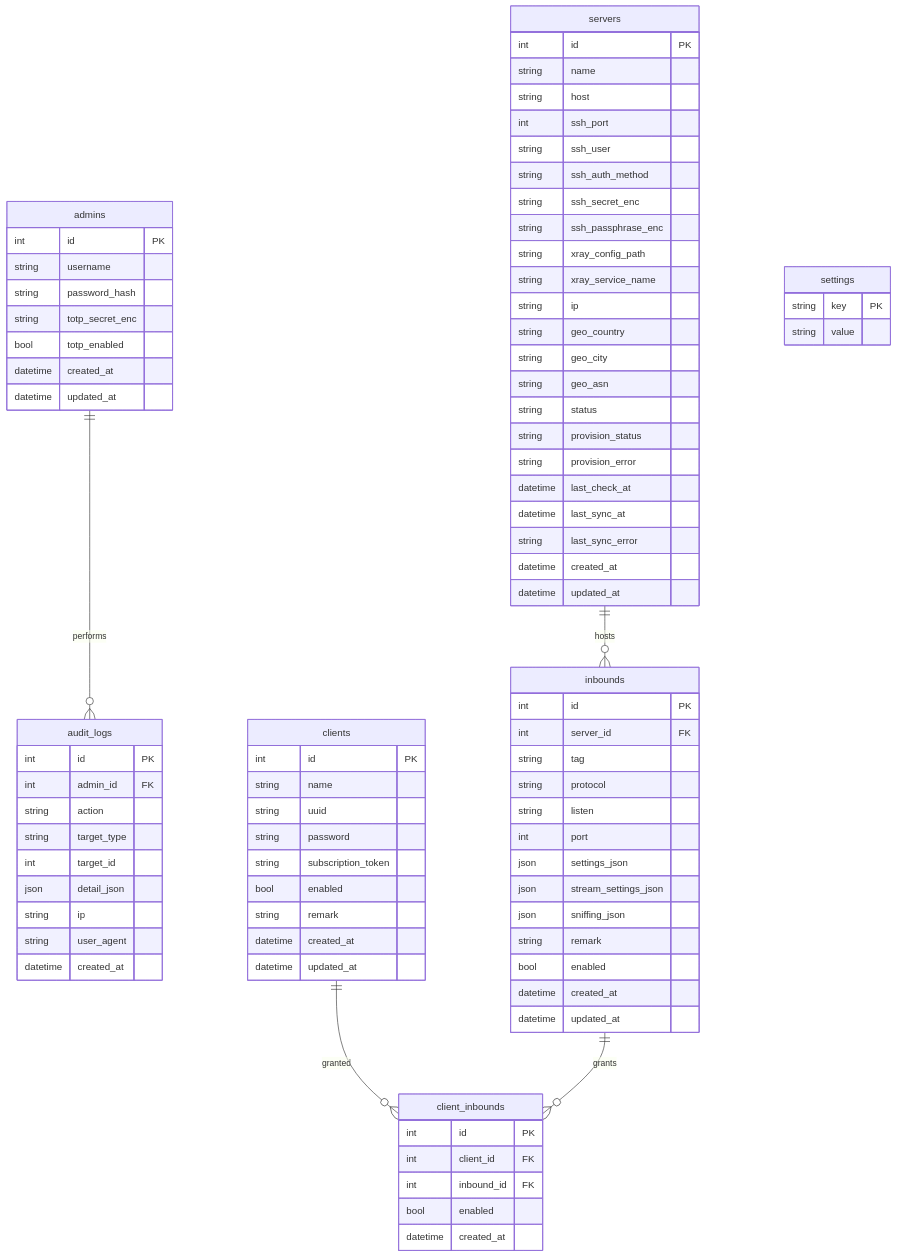
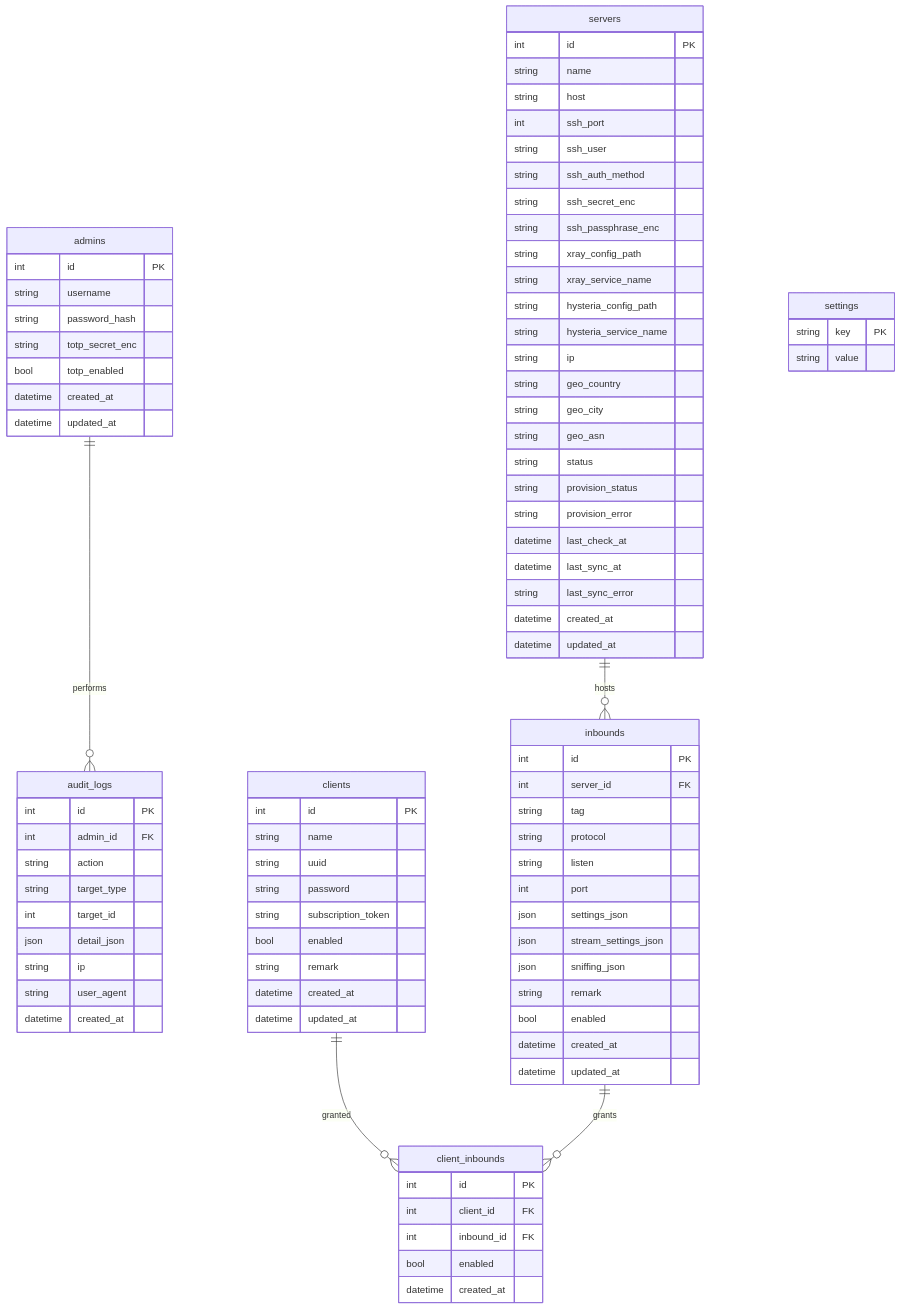
Before and after one commit to alhain1488-rgb/adp-panel: the diagram in docs/ERD.md, drawn with Mermaid. The commit also changed 9 other files, not shown here.

```diff
--- a/docs/ERD.md
+++ b/docs/ERD.md
@@ -31,6 +31,8 @@
         string ssh_passphrase_enc
         string xray_config_path
         string xray_service_name
+        string hysteria_config_path
+        string hysteria_service_name
         string ip
         string geo_country
         string geo_city
```
